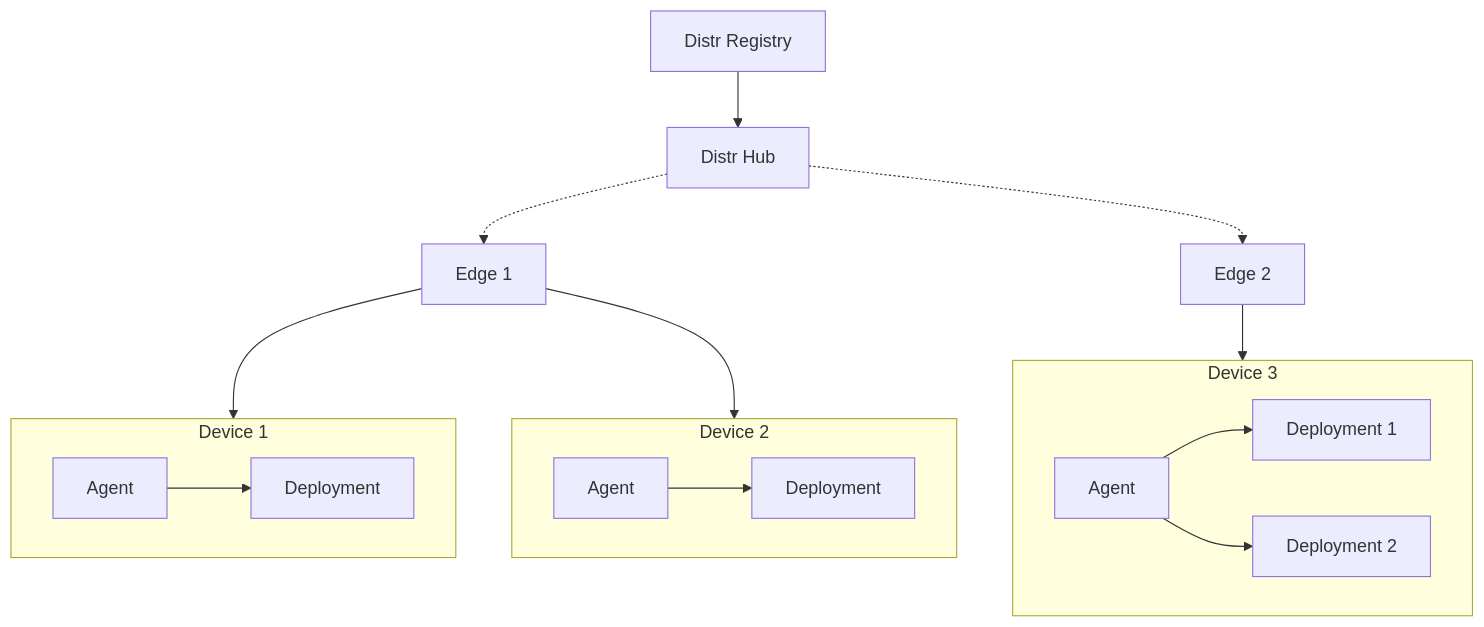
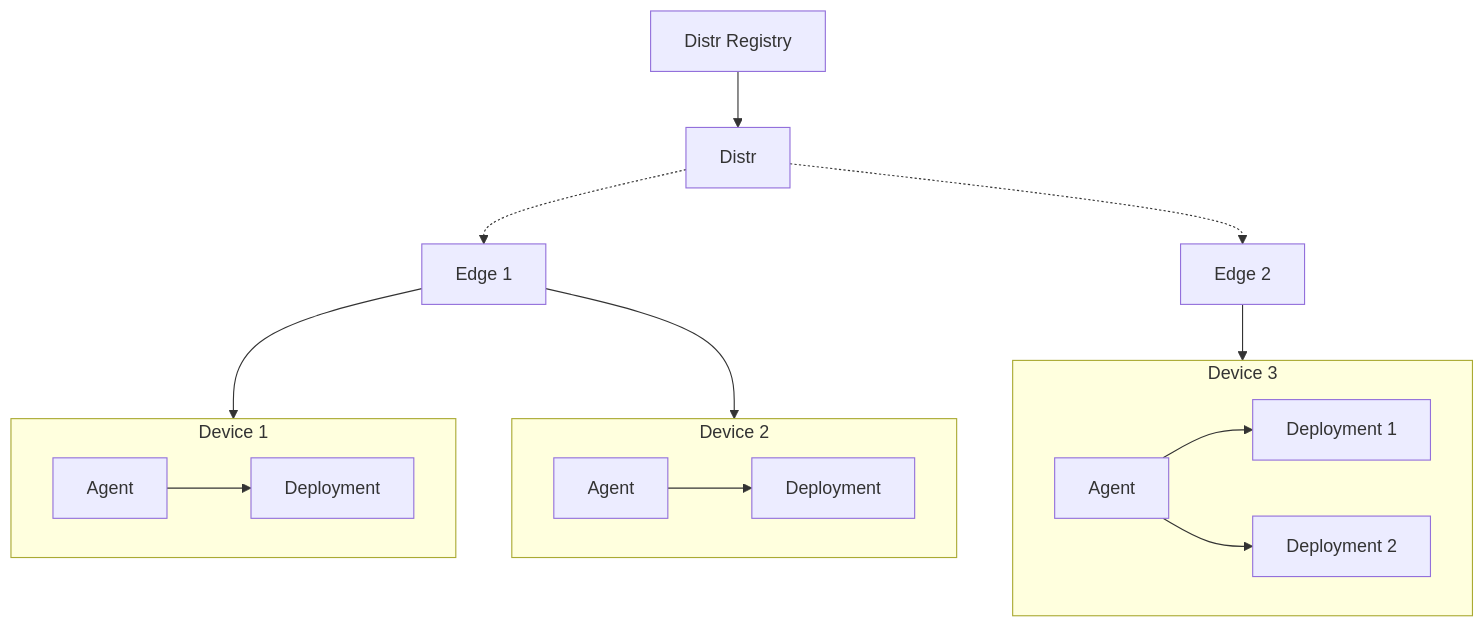
The diagram in website/src/content/docs/docs/getting-started/distribution-scenarios/edge-deployments.mdx (distr-sh/distr), drawn with Mermaid before and after one commit. The commit also changed 68 other files, not shown here.

First line of the commit message:
chore!: no longer refer Distr as Hub

````diff
--- a/website/src/content/docs/docs/getting-started/distribution-scenarios/edge-deployments.mdx
+++ b/website/src/content/docs/docs/getting-started/distribution-scenarios/edge-deployments.mdx
@@ -14,23 +14,23 @@
 ```mermaid
 graph TD
-    DR[Distr Registry] --> DH[Distr Hub]
+    DR[Distr Registry] --> DH[Distr]
     DH -.-> E1[Edge 1]
     DH -.-> E2[Edge 2]
 
     subgraph D1[Device 1]
         DA1[Agent] --> DP1[Deployment]
     end
 
     subgraph D2[Device 2]
         DA2[Agent] --> DP2[Deployment]
     end
 
     subgraph D3[Device 3]
         DA3[Agent] --> DP3[Deployment 1]
         DA3 --> DP4[Deployment 2]
     end
 
     E1 --> D1
     E1 --> D2
     E2 --> D3
 ```
````
